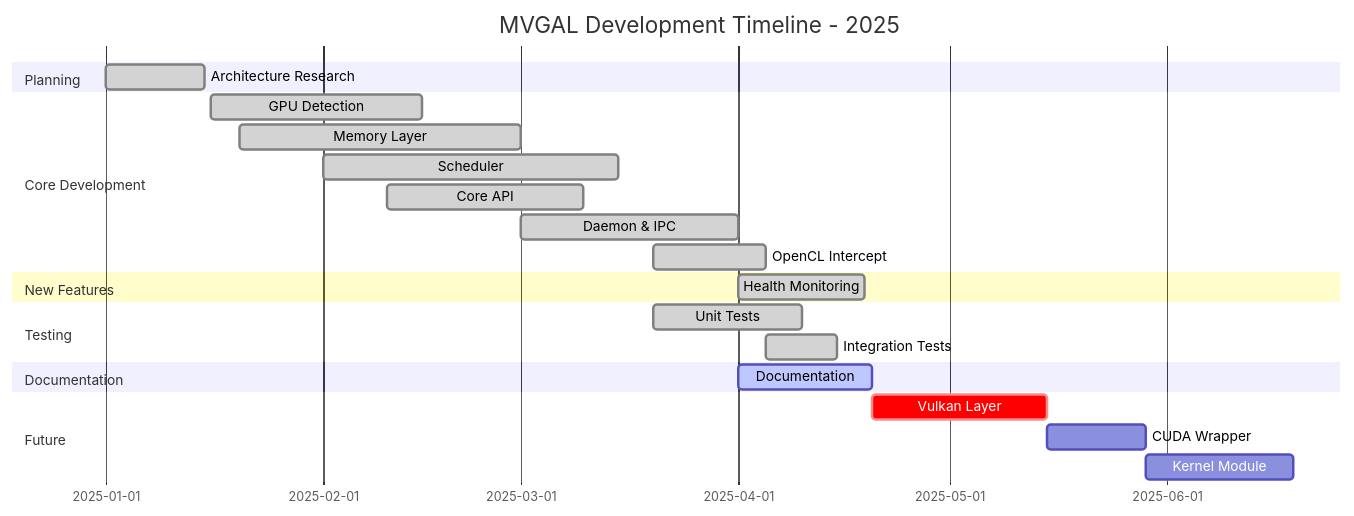
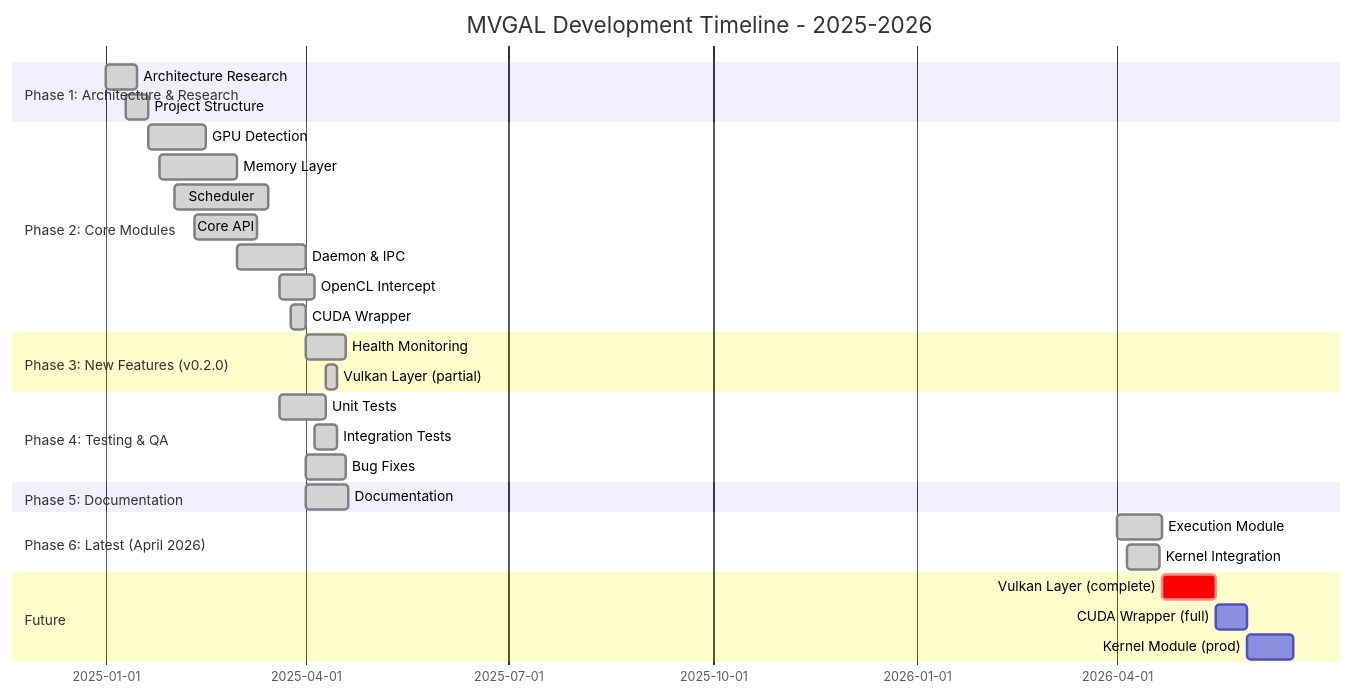
The first of 9 diagrams in docs/PROGRESS.md (TheCreateGM/mvgal), drawn with Mermaid before and after one commit. The commit also changed other lines of this file and 16 other files, not shown here.

````diff
--- a/docs/PROGRESS.md
+++ b/docs/PROGRESS.md
@@ -20,30 +21,38 @@
 ```mermaid
 gantt
-    title MVGAL Development Timeline - 2025
+    title MVGAL Development Timeline - 2025-2026
     dateFormat  YYYY-MM-DD
-    section Planning
+    section Phase 1: Architecture & Research
     Architecture Research :done, arch1, 2025-01-01, 2025-01-15
+    Project Structure    :done, struct1, 2025-01-10, 2025-01-20
     
-    section Core Development
-    GPU Detection      :done, gpu1, 2025-01-16, 2025-02-15
-    Memory Layer        :done, mem1, 2025-01-20, 2025-03-01
+    section Phase 2: Core Modules
+    GPU Detection      :done, gpu1, 2025-01-20, 2025-02-15
+    Memory Layer        :done, mem1, 2025-01-25, 2025-03-01
     Scheduler          :done, sched1, 2025-02-01, 2025-03-15
     Core API          :done, api1, 2025-02-10, 2025-03-10
     Daemon & IPC      :done, daemon1, 2025-03-01, 2025-04-01
     OpenCL Intercept  :done, ocl1, 2025-03-20, 2025-04-05
+    CUDA Wrapper       :done, cuda1, 2025-03-25, 2025-04-01
     
-    section New Features
+    section Phase 3: New Features (v0.2.0)
     Health Monitoring :done, health1, 2025-04-01, 2025-04-19
+    Vulkan Layer (partial) :done, vk1, 2025-04-10, 2025-04-15
     
-    section Testing
+    section Phase 4: Testing & QA
     Unit Tests         :done, test1, 2025-03-20, 2025-04-10
     Integration Tests  :done, int1, 2025-04-05, 2025-04-15
+    Bug Fixes          :done, fixes1, 2025-04-01, 2025-04-19
     
-    section Documentation
-    Documentation     :active, docs1, 2025-04-01, 2025-04-20
+    section Phase 5: Documentation
+    Documentation     :done, docs1, 2025-04-01, 2025-04-20
+    
+    section Phase 6: Latest (April 2026)
+    Execution Module :done, exec1, 2026-04-01, 2026-04-21
+    Kernel Integration :done, kern1, 2026-04-05, 2026-04-20
     
     section Future
-    Vulkan Layer      :crit, vulkan1, 2025-04-20, 2025-05-15
-    CUDA Wrapper      :     cuda1, after vulkan1, 14d
-    Kernel Module    :     kernel1, after cuda1, 21d
+    Vulkan Layer (complete) :crit, vulkan2, 2026-04-21, 2026-05-15
+    CUDA Wrapper (full) :     cuda2, after vulkan2, 14d
+    Kernel Module (prod) :     kernel2, after cuda2, 21d
 ```
````
